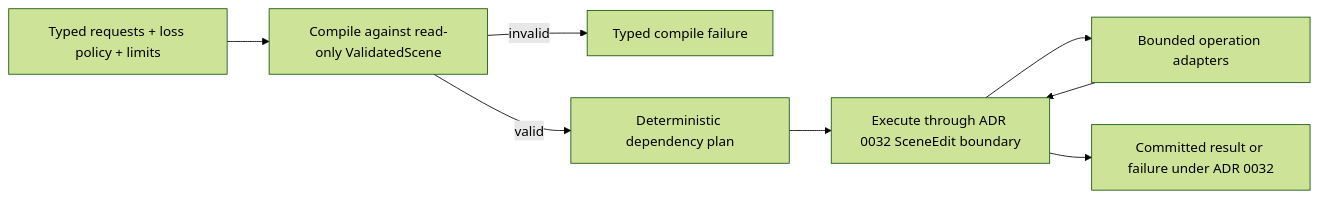
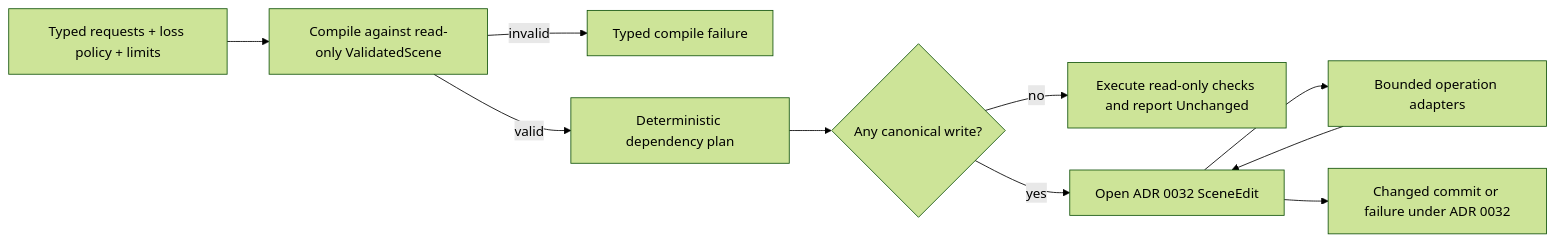
Before and after one commit to Latias94/baozi: the first of 2 diagrams in docs/adr/0013-post-process-pipeline-semantics-presets-and-mutation-model.md, drawn with Mermaid (forest theme). The commit also changed other lines of this file and 32 other files, not shown here.

First line of the commit message:
feat(architecture): enforce canonical ADR governance

````diff
--- a/docs/adr/0013-post-process-pipeline-semantics-presets-and-mutation-model.md
+++ b/docs/adr/0013-post-process-pipeline-semantics-presets-and-mutation-model.md
@@ -96,10 +138,12 @@
 ```mermaid
 flowchart LR
     Request[Typed requests + loss policy + limits] --> Compile[Compile against read-only ValidatedScene]
     Compile -->|invalid| CompileFailure[Typed compile failure]
     Compile -->|valid| Plan[Deterministic dependency plan]
-    Plan --> Edit[Execute through ADR 0032 SceneEdit boundary]
+    Plan --> Preflight{Any canonical write?}
+    Preflight -->|no| Unchanged[Execute read-only checks and report Unchanged]
+    Preflight -->|yes| Edit[Open ADR 0032 SceneEdit]
     Edit --> Steps[Bounded operation adapters]
     Steps --> Edit
-    Edit --> Outcome[Committed result or failure under ADR 0032]
+    Edit --> Outcome[Changed commit or failure under ADR 0032]
 ```
````
